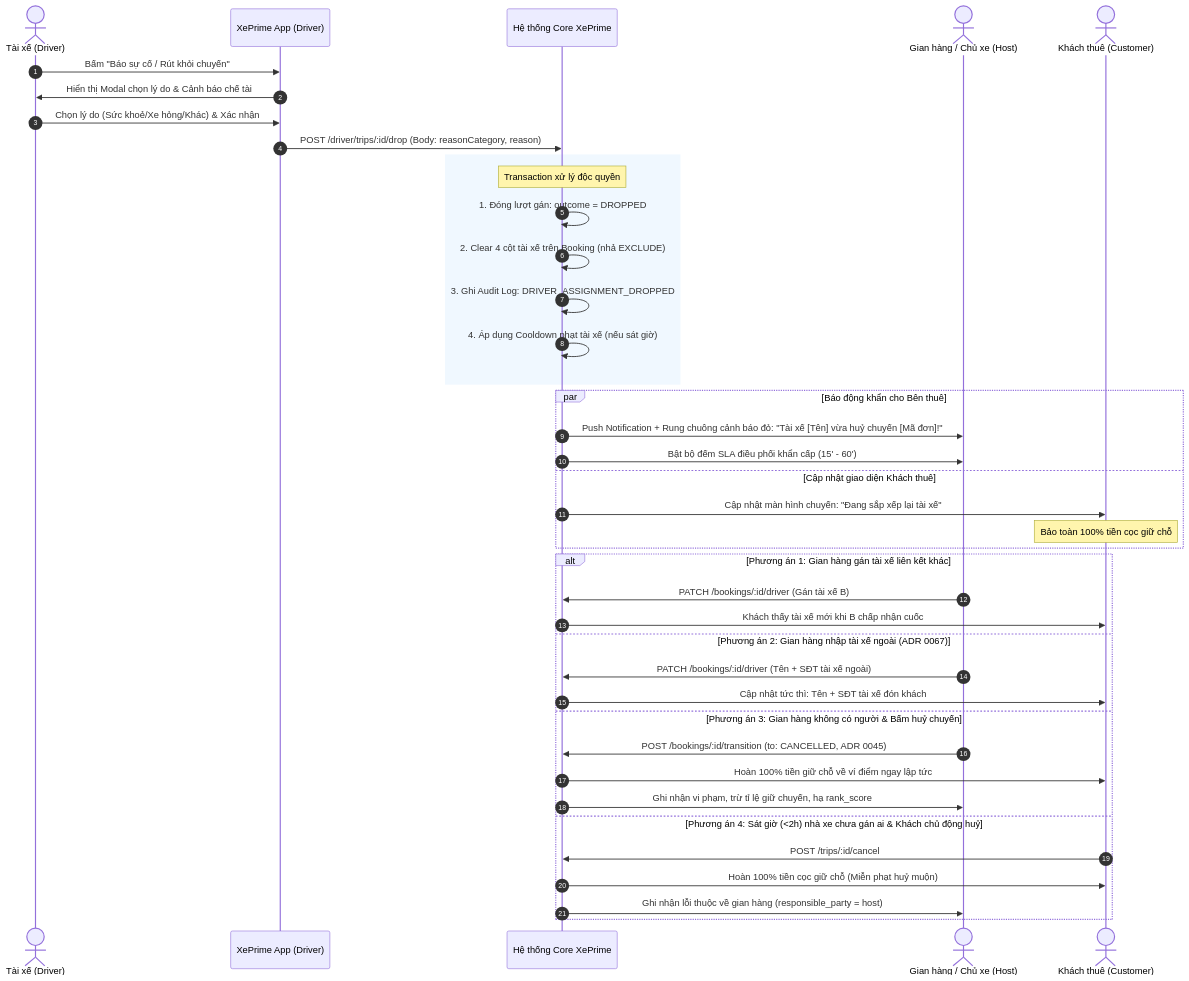
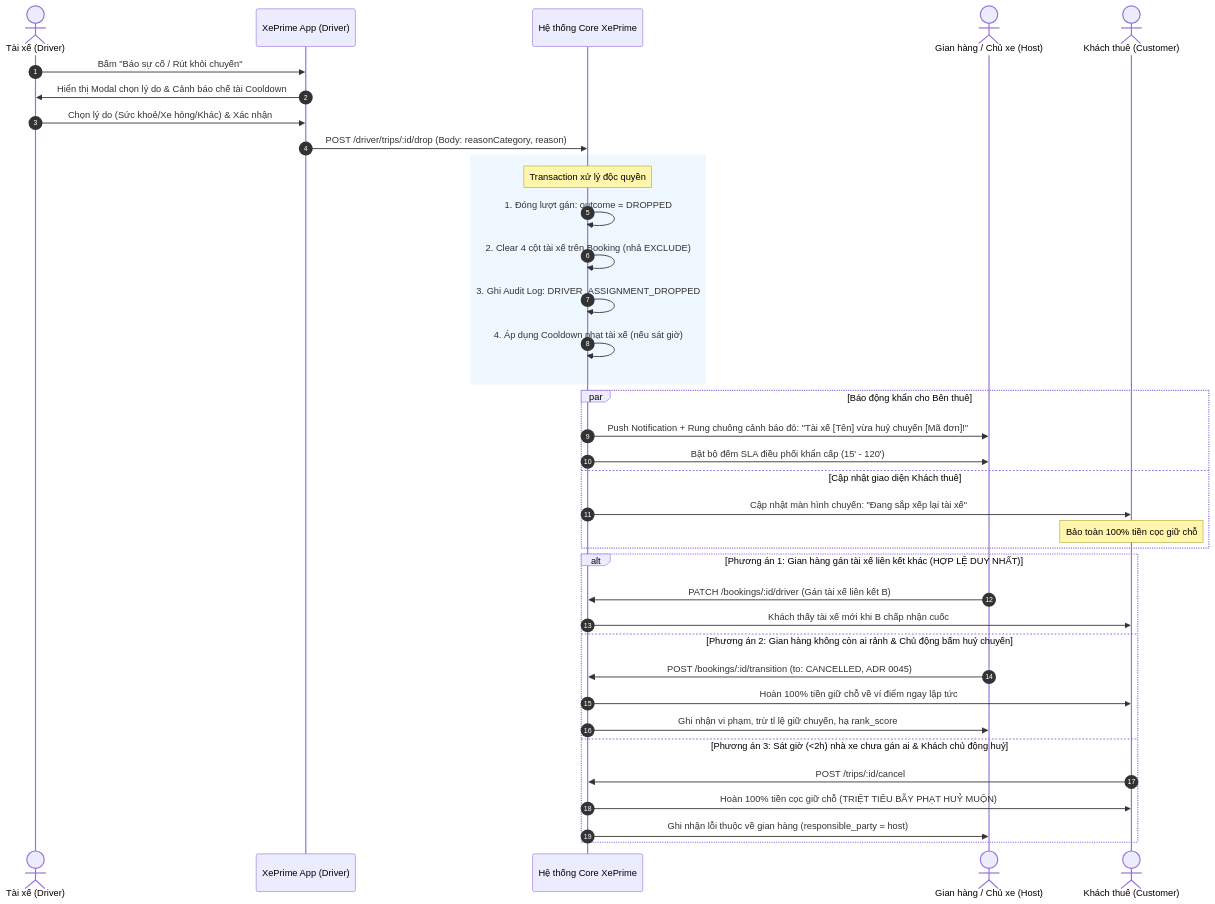
The second of 2 diagrams in docs/specifications/06-driver-drop-accepted-trip-spec.md (daihanhbvt/xeprime), drawn with Mermaid before and after one commit. The commit also changed other lines of this file and 8 other files, not shown here.

````diff
--- a/docs/specifications/06-driver-drop-accepted-trip-spec.md
+++ b/docs/specifications/06-driver-drop-accepted-trip-spec.md
@@ -78,46 +82,43 @@
 ```mermaid
 sequenceDiagram
     autonumber
     actor Driver as Tài xế (Driver)
     participant App as XePrime App (Driver)
     participant Core as Hệ thống Core XePrime
     actor Host as Gian hàng / Chủ xe (Host)
     actor Cust as Khách thuê (Customer)
 
     Driver->>App: Bấm "Báo sự cố / Rút khỏi chuyến"
-    App->>Driver: Hiển thị Modal chọn lý do & Cảnh báo chế tài
+    App->>Driver: Hiển thị Modal chọn lý do & Cảnh báo chế tài Cooldown
     Driver->>App: Chọn lý do (Sức khoẻ/Xe hỏng/Khác) & Xác nhận
     App->>Core: POST /driver/trips/:id/drop (Body: reasonCategory, reason)
     
     rect rgb(240, 248, 255)
         note over Core: Transaction xử lý độc quyền
         Core->>Core: 1. Đóng lượt gán: outcome = DROPPED
         Core->>Core: 2. Clear 4 cột tài xế trên Booking (nhả EXCLUDE)
         Core->>Core: 3. Ghi Audit Log: DRIVER_ASSIGNMENT_DROPPED
         Core->>Core: 4. Áp dụng Cooldown phạt tài xế (nếu sát giờ)
     end
 
     par Báo động khẩn cho Bên thuê
         Core->>Host: Push Notification + Rung chuông cảnh báo đỏ: "Tài xế [Tên] vừa huỷ chuyến [Mã đơn]!"
-        Core->>Host: Bật bộ đếm SLA điều phối khẩn cấp (15' - 60')
+        Core->>Host: Bật bộ đếm SLA điều phối khẩn cấp (15' - 120')
     and Cập nhật giao diện Khách thuê
         Core->>Cust: Cập nhật màn hình chuyến: "Đang sắp xếp lại tài xế"
         note over Cust: Bảo toàn 100% tiền cọc giữ chỗ
     end
 
-    alt Phương án 1: Gian hàng gán tài xế liên kết khác
-        Host->>Core: PATCH /bookings/:id/driver (Gán tài xế B)
+    alt Phương án 1: Gian hàng gán tài xế liên kết khác (HỢP LỆ DUY NHẤT)
+        Host->>Core: PATCH /bookings/:id/driver (Gán tài xế liên kết B)
         Core->>Cust: Khách thấy tài xế mới khi B chấp nhận cuốc
-    else Phương án 2: Gian hàng nhập tài xế ngoài (ADR 0067)
-        Host->>Core: PATCH /bookings/:id/driver (Tên + SĐT tài xế ngoài)
-        Core->>Cust: Cập nhật tức thì: Tên + SĐT tài xế đón khách
-    else Phương án 3: Gian hàng không có người & Bấm huỷ chuyến
+    else Phương án 2: Gian hàng không còn ai rảnh & Chủ động bấm huỷ chuyến
         Host->>Core: POST /bookings/:id/transition (to: CANCELLED, ADR 0045)
         Core->>Cust: Hoàn 100% tiền giữ chỗ về ví điểm ngay lập tức
         Core->>Host: Ghi nhận vi phạm, trừ tỉ lệ giữ chuyến, hạ rank_score
-    else Phương án 4: Sát giờ (<2h) nhà xe chưa gán ai & Khách chủ động huỷ
+    else Phương án 3: Sát giờ (<2h) nhà xe chưa gán ai & Khách chủ động huỷ
         Cust->>Core: POST /trips/:id/cancel
-        Core->>Cust: Hoàn 100% tiền cọc giữ chỗ (Miễn phạt huỷ muộn)
+        Core->>Cust: Hoàn 100% tiền cọc giữ chỗ (TRIỆT TIÊU BẪY PHẠT HUỶ MUỘN)
         Core->>Host: Ghi nhận lỗi thuộc về gian hàng (responsible_party = host)
     end
 ```
````
